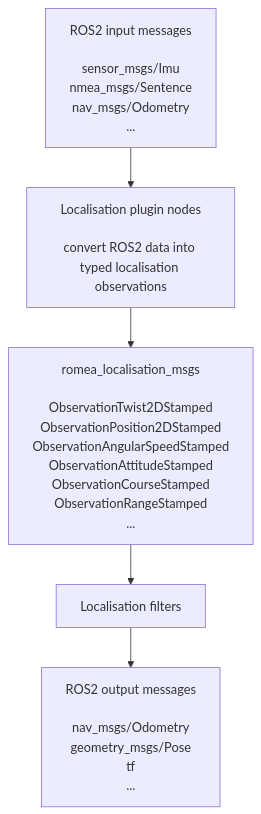
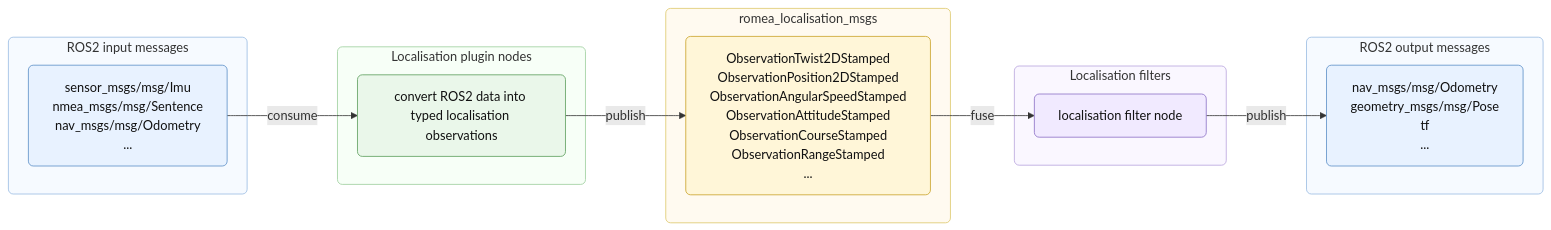
The diagram in README.md (Romea/romea-ros2-localisation-msgs), drawn with Mermaid before and after one commit. The commit also changed other lines of this file and 2 other files, not shown here.

````diff
--- a/README.md
+++ b/README.md
@@ -11,10 +11,43 @@
 ```mermaid
-flowchart TD
-  inputs["ROS2 input messages<br/><br/>sensor_msgs/Imu<br/>nmea_msgs/Sentence<br/>nav_msgs/Odometry<br/>..."]
-  plugins["Localisation plugin nodes<br/><br/>convert ROS2 data into typed localisation observations"]
-  observations["romea_localisation_msgs<br/><br/>ObservationTwist2DStamped<br/>ObservationPosition2DStamped<br/>ObservationAngularSpeedStamped<br/>ObservationAttitudeStamped<br/>ObservationCourseStamped<br/>ObservationRangeStamped<br/>..."]
-  filters["Localisation filters"]
-  outputs["ROS2 output messages<br/><br/>nav_msgs/Odometry<br/>geometry_msgs/Pose<br/>tf<br/>..."]
+flowchart LR
+  subgraph ros2_inputs["ROS2 input messages"]
+    inputs["sensor_msgs/msg/Imu<br/>nmea_msgs/msg/Sentence<br/>nav_msgs/msg/Odometry<br/>..."]
+  end
 
-  inputs --> plugins --> observations --> filters --> outputs
+  subgraph plugin_nodes["Localisation plugin nodes"]
+    plugins["convert ROS2 data into typed localisation observations"]
+  end
+
+  subgraph observation_msgs["romea_localisation_msgs"]
+    observations["ObservationTwist2DStamped<br/>ObservationPosition2DStamped<br/>ObservationAngularSpeedStamped<br/>ObservationAttitudeStamped<br/>ObservationCourseStamped<br/>ObservationRangeStamped<br/>..."]
+  end
+
+  subgraph filters["Localisation filters"]
+    filter["localisation filter node"]
+  end
+
+  subgraph ros2_outputs["ROS2 output messages"]
+    outputs["nav_msgs/msg/Odometry<br/>geometry_msgs/msg/Pose<br/>tf<br/>..."]
+  end
+
+  inputs -->|consume| plugins
+  plugins -->|publish| observations
+  observations -->|fuse| filter
+  filter -->|publish| outputs
+
+  classDef ros2 fill:#e8f2ff,stroke:#5b8ec7,color:#111,rx:6,ry:6
+  classDef plugin fill:#eaf7ea,stroke:#5c9f5c,color:#111,rx:6,ry:6
+  classDef msg fill:#fff6d8,stroke:#c9a227,color:#111,rx:6,ry:6
+  classDef filterStyle fill:#f1eaff,stroke:#8b6fc6,color:#111,rx:6,ry:6
+
+  class inputs,outputs ros2
+  class plugins plugin
+  class observations msg
+  class filter filterStyle
+
+  style ros2_inputs fill:#f6faff,stroke:#9abbe3,rx:6,ry:6
+  style plugin_nodes fill:#f7fff7,stroke:#9ecf9e,rx:6,ry:6
+  style observation_msgs fill:#fffaf0,stroke:#dec86b,rx:6,ry:6
+  style filters fill:#faf7ff,stroke:#b8a4dd,rx:6,ry:6
+  style ros2_outputs fill:#f6faff,stroke:#9abbe3,rx:6,ry:6
 ```
````
